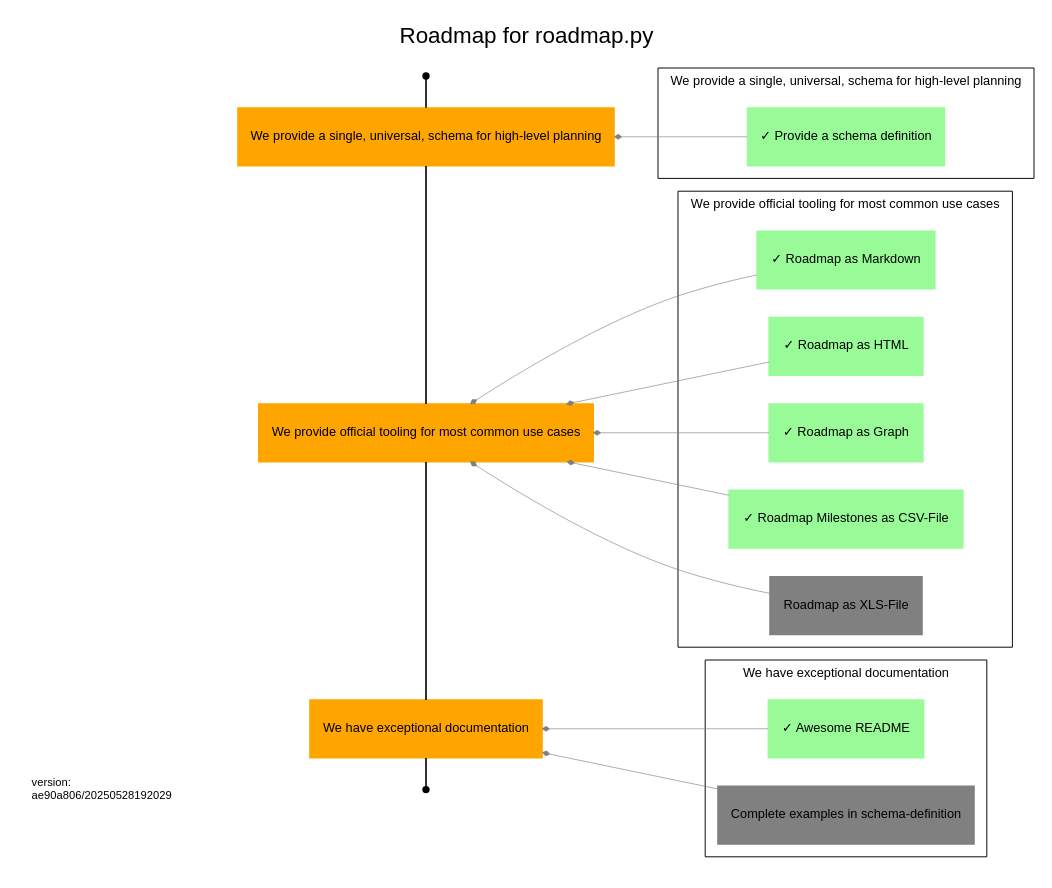
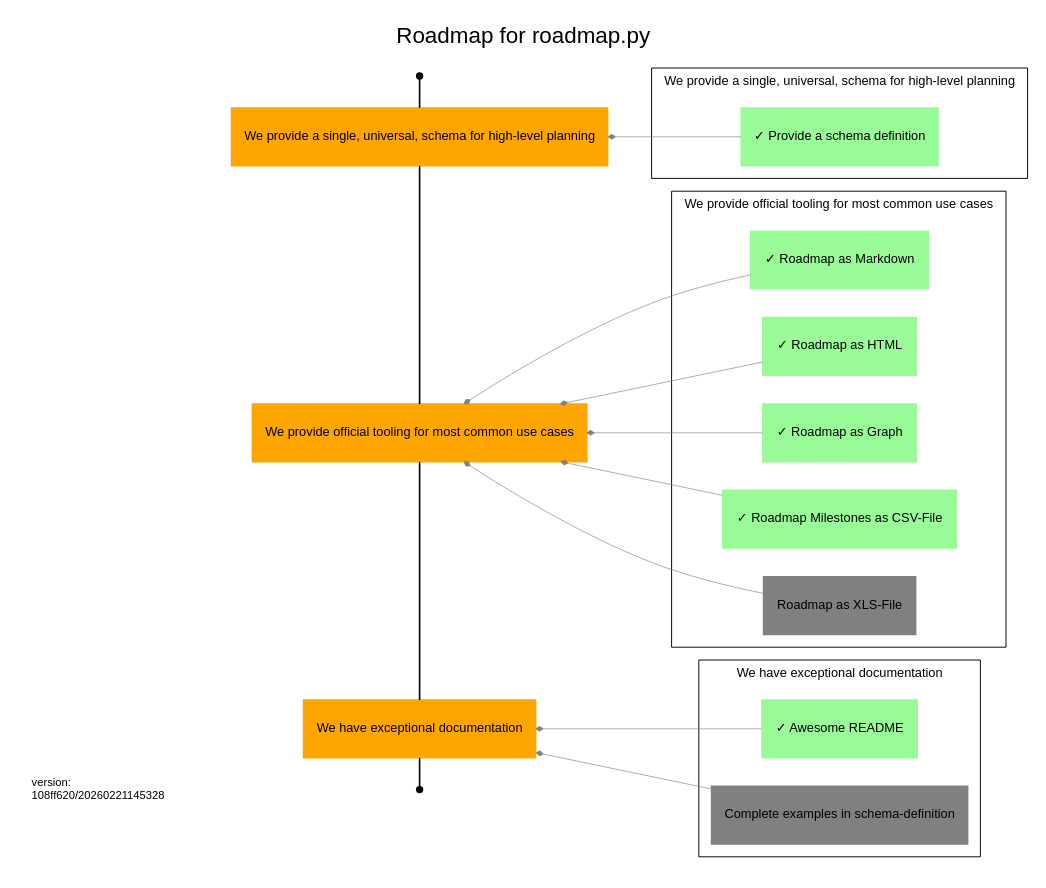
Before and after one commit to uroflavin/roadmap: the diagram in roadmap/roadmap.dot, drawn with Graphviz. The commit also changed 11 other files, not shown here.

```diff
--- a/roadmap/roadmap.dot
+++ b/roadmap/roadmap.dot
@@ -1,143 +1,143 @@
 digraph Roadmap {
   rankdir=RL;
   label="Roadmap for roadmap.py"
   tooltip="This is the planning roadmap for the [uroflavin/roadmap](https://github.com/uroflavin/roadmap) project. 
 It acts as both the plan for implementing this tool as well as a demonstration of what a roadmap might look like.
 
 One good example is this roadmap itself. 
 What to-do and what is already done to implement roadmap.py can you see in this picture.
 
 ![Roadmap Objectives and Keyresults, rendered from roadmap.yml](roadmap.dot.png)
 
 One of the things you'll immediately notice about this file is that it uses *Markdown* for formatting of text and is designed around a structured YAML schema. 
 The goal is to make this as easy as possible for humans to read and reason about, while also enabling powerful visualizations to be generated based on the content.
 ";
   fontname="Arial";
   labelloc="t";
 
   node[style="filled",shape="rectangle",color="orange",fontname="Arial",fontsize=8];
   edge[weight=1,group="milestones",arrowhead="none"];
 
   {
 	rank=same;
 
 	start[label="Start",shape="point",color="",tooltip="This is the start of your roadmap."];
     end[label="End",shape="point",color="",tooltip="This is the end of your roadmap."];
     
     
     o1 [label="We provide a single, universal, schema for high-level planning",tooltip="The goal of this project is, primarily, to provide a single schema that can be used by different teams to describe the work they are doing and their future intentions. 
 The usefulness and applicability of this schema to real-world problem domains will determine whether anything else we do here is of value.
 "];
         
             "start" -> o1;
         
     o2 [label="We provide official tooling for most common use cases",tooltip="While the goal of having a single unified schema for planning is that it enables the development of tools that automate various aspects of planning, most teams are not going to adopt this if the fundamentals aren't already solved for them. 
 This includes things like being able to visualize your road map in common formats, validating it against the schema etc.
 "];
         
             o1 -> o2;
         
     o3 [label="We have exceptional documentation",tooltip="Adoption of something intended to make planning easier is only going to be successful if it is easy to use, and a critical part of that is great documentation. 
 Our goal is that someone with no familiarity with our tooling can ramp up and have an initial road map ready for use within only a few minutes.
 "];
         
             o2 -> o3;
         
             o3 -> "end" ;
         }
   node[color="grey"];
   edge[weight=5,color="grey",penwidth=0.4,arrowsize=0.4,group="dependencies",arrowhead="diamond"];
 
   
         
         subgraph cluster_o1 {
             label="We provide a single, universal, schema for high-level planning";
             tooltip="The goal of this project is, primarily, to provide a single schema that can be used by different teams to describe the work they are doing and their future intentions. 
 The usefulness and applicability of this schema to real-world problem domains will determine whether anything else we do here is of value.
 ";
             fontsize=8;
             penwidth=0.6;
             
                 
                 
                     
                 o1_r1 [label="✓ Provide a schema definition",tooltip="Develop a schema that fulfills the main requirements of the objective",color="palegreen"];
                 o1_r1 -> o1;
             }
     
         
         subgraph cluster_o2 {
             label="We provide official tooling for most common use cases";
             tooltip="While the goal of having a single unified schema for planning is that it enables the development of tools that automate various aspects of planning, most teams are not going to adopt this if the fundamentals aren't already solved for them. 
 This includes things like being able to visualize your road map in common formats, validating it against the schema etc.
 ";
             fontsize=8;
             penwidth=0.6;
             
                 
                 
                     
                 o2_r1 [label="✓ Roadmap as Markdown",tooltip="We should be able to generate some markdown out of roadmap.yml
 ",color="palegreen"];
                 o2_r1 -> o2;
             
                 
                 
                     
                 o2_r2 [label="✓ Roadmap as HTML",tooltip="We should be able to generate some html out of roadmap.yml
 ",color="palegreen"];
                 o2_r2 -> o2;
             
                 
                 
                     
                 o2_r3 [label="✓ Roadmap as Graph",tooltip="We should be able to generate some dot out of roadmap.yml
 ",color="palegreen"];
                 o2_r3 -> o2;
             
                 
                 
                     
                 o2_r4 [label="✓ Roadmap Milestones as CSV-File",tooltip="Excel is THE projectmanagement tool. 
 To render some progress in your favorite tool ;-) we should be able to generate some csv out of roadmap.yml-milestone and deliverables.
 CSV is limited capable for exporting everything, so this would be a good first step towards Roadmap als XLS-File.
 ",color="palegreen"];
                 o2_r4 -> o2;
             
                 
                 
                     
                 o2_r5 [label="Roadmap as XLS-File",tooltip="We should be able to generate some xls out of roadmap.yml
 ",color="grey"];
                 o2_r5 -> o2;
             }
     
         
         subgraph cluster_o3 {
             label="We have exceptional documentation";
             tooltip="Adoption of something intended to make planning easier is only going to be successful if it is easy to use, and a critical part of that is great documentation. 
 Our goal is that someone with no familiarity with our tooling can ramp up and have an initial road map ready for use within only a few minutes.
 ";
             fontsize=8;
             penwidth=0.6;
             
                 
                 
                     
                 o3_r1 [label="✓ Awesome README",tooltip="We need to complete our README explaining the purpose of this project and giving some basic examples of its use.
 ",color="palegreen"];
                 o3_r1 -> o3;
             
                 
                 
                     
                 o3_r2 [label="Complete examples in schema-definition",tooltip="Complete the examples so that every user of the schema is able to find suitable examples for their specific use cases",color="grey"];
                 o3_r2 -> o3;
             }
     subgraph footer {
                 {
                     rank="sink"; 
-                    footer [fontsize=7 shape="box" color="white" label="version:\lae90a806/20250528192029\l"];
+                    footer [fontsize=7 shape="box" color="white" label="version:\l108ff620/20260221145328\l"];
                 }
             }
 }
```
